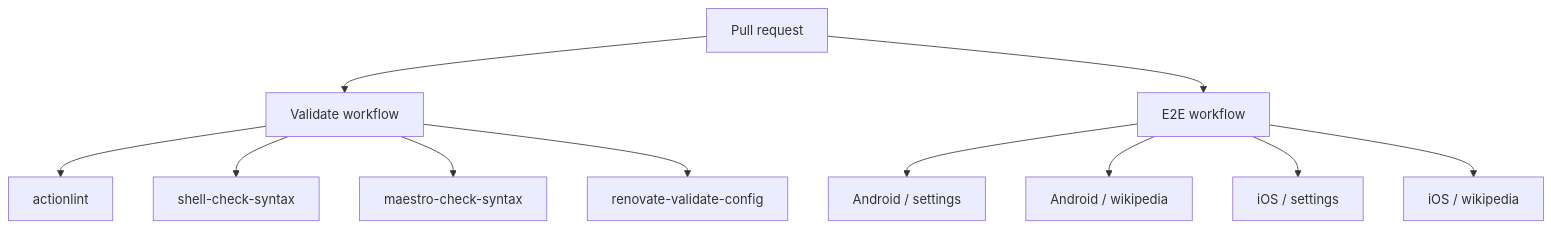
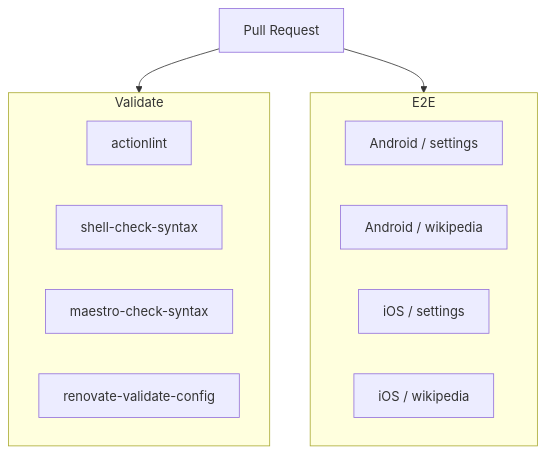
The fourth of 6 diagrams in docs/ARCHITECTURE.md (gkzz/maestro-playground), drawn with Mermaid before and after one commit. The commit also changed other lines of this file and 4 other files, not shown here.

````diff
--- a/docs/ARCHITECTURE.md
+++ b/docs/ARCHITECTURE.md
@@ -78,30 +100,21 @@
 ```mermaid
 flowchart TB
-  pr[Pull request]
+  pr[Pull Request]
 
-  validate[Validate workflow]
-  e2e[E2E workflow]
+  subgraph validate[Validate]
+    actionlint[actionlint]
+    shell[shell-check-syntax]
+    syntax[maestro-check-syntax]
+    renovate[renovate-validate-config]
+  end
 
-  actionlint[actionlint]
-  shell[shell-check-syntax]
-  syntax[maestro-check-syntax]
-  renovate[renovate-validate-config]
-
-  androidSettings[Android / settings]
-  androidWikipedia[Android / wikipedia]
-  iosSettings[iOS / settings]
-  iosWikipedia[iOS / wikipedia]
+  subgraph e2e[E2E]
+    androidSettings[Android / settings]
+    androidWikipedia[Android / wikipedia]
+    iosSettings[iOS / settings]
+    iosWikipedia[iOS / wikipedia]
+  end
 
   pr --> validate
   pr --> e2e
-
-  validate --> actionlint
-  validate --> shell
-  validate --> syntax
-  validate --> renovate
-
-  e2e --> androidSettings
-  e2e --> androidWikipedia
-  e2e --> iosSettings
-  e2e --> iosWikipedia
 ```
````
